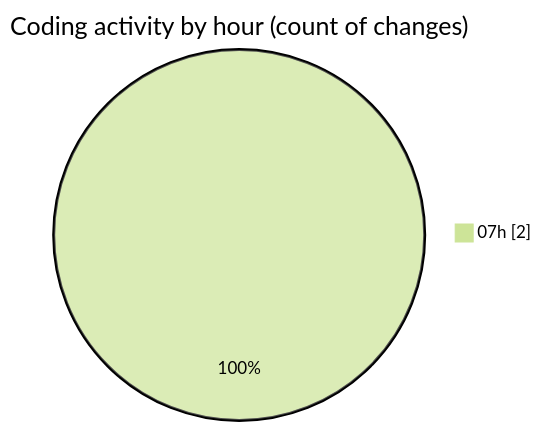
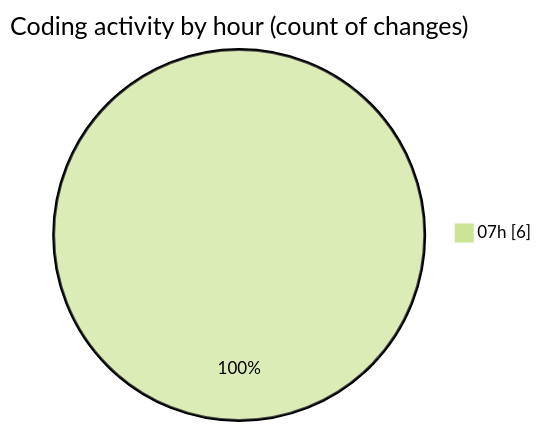
One commit to tmsrecording-cyber/code-tracking changed the second of 2 diagrams in 2026-04-25/darkwire/README.md. Above: the diagram before and after it, drawn with Mermaid (forest theme). The commit also changed other lines of this file and 1 other file, not shown here.

````diff
--- a/2026-04-25/darkwire/README.md
+++ b/2026-04-25/darkwire/README.md
@@ -29,5 +34,5 @@
 ```mermaid
 pie showData
 title Coding activity by hour (count of changes)
-"07h" : 2
+"07h" : 6
 ```
````
